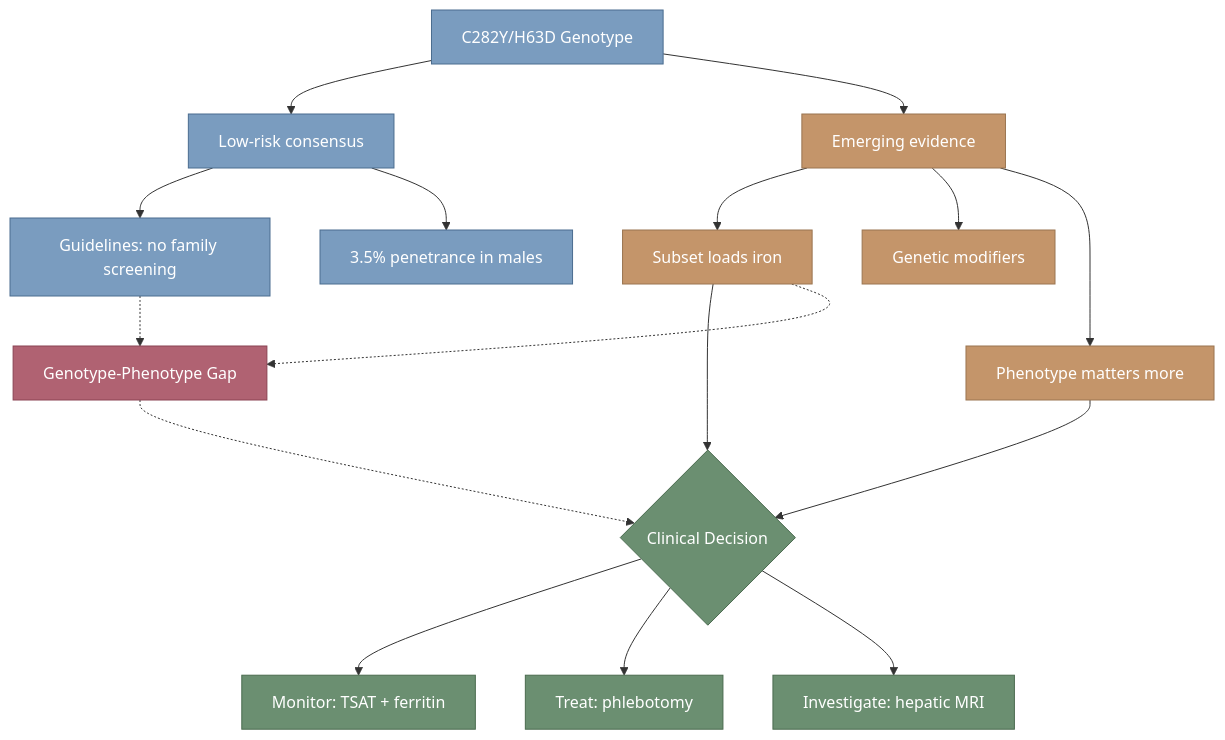
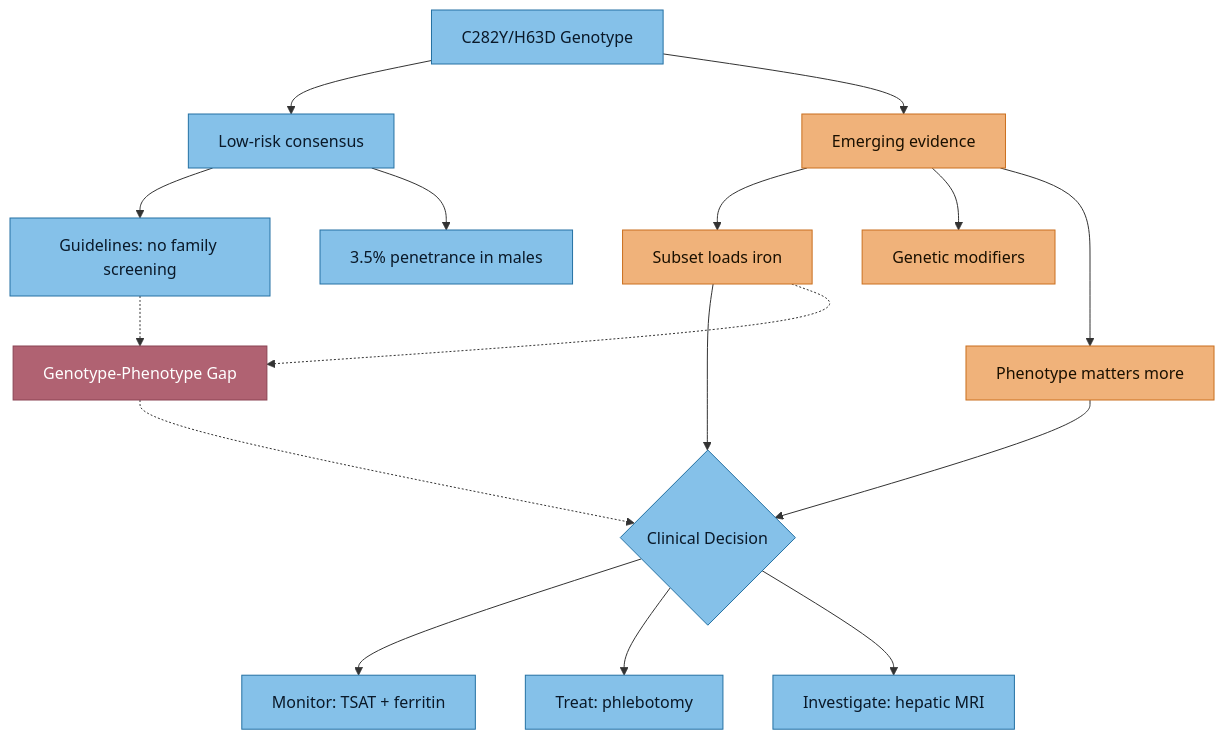
Before and after one commit to Aegis-commits/ag-hfe-adhd-asd-research: the diagram in genetics/HFE Compound Heterozygosity.md, drawn with Mermaid. The commit also changed 39 other files, not shown here.

First line of the commit message:
docs(vault): standardise diagram colours for light-mode readability, add MOC quick nav

````diff
--- a/genetics/HFE Compound Heterozygosity.md
+++ b/genetics/HFE Compound Heterozygosity.md
@@ -34,33 +34,33 @@
 ```mermaid
 flowchart TD
     GENO["C282Y/H63D Genotype"] --> CONS["Low-risk consensus"]
     GENO --> EMERGE["Emerging evidence"]
 
     CONS --> GUIDE["Guidelines: no family screening"]
     CONS --> STATS["3.5% penetrance in males"]
 
     EMERGE --> SUBSET["Subset loads iron"]
     EMERGE --> MODIFY["Genetic modifiers"]
     EMERGE --> PHENO["Phenotype matters more"]
 
     SUBSET --> DECISION{Clinical Decision}
     PHENO --> DECISION
 
     DECISION --> MONITOR["Monitor: TSAT + ferritin"]
     DECISION --> TREAT["Treat: phlebotomy"]
     DECISION --> IMAGE["Investigate: hepatic MRI"]
 
     GUIDE -.-> GAP["Genotype-Phenotype Gap"]
     SUBSET -.-> GAP
     GAP -.-> DECISION
 
-    classDef consensus fill:#7a9cbf,stroke:#4a6c8f,color:#fff
-    classDef emerging fill:#c4956a,stroke:#9a7550,color:#fff
-    classDef decision fill:#6b8f71,stroke:#4a6b4f,color:#fff
+    classDef consensus fill:#85c1e9,stroke:#2471a3,color:#0a1929
+    classDef emerging fill:#f0b27a,stroke:#ca6f1e,color:#1a1000
+    classDef decision fill:#85c1e9,stroke:#2471a3,color:#0a1929
     classDef gap fill:#b06272,stroke:#8a4252,color:#fff
 
     class GENO,CONS,GUIDE,STATS consensus
     class EMERGE,SUBSET,MODIFY,PHENO emerging
     class DECISION,MONITOR,TREAT,IMAGE decision
     class GAP gap
 ```
````
